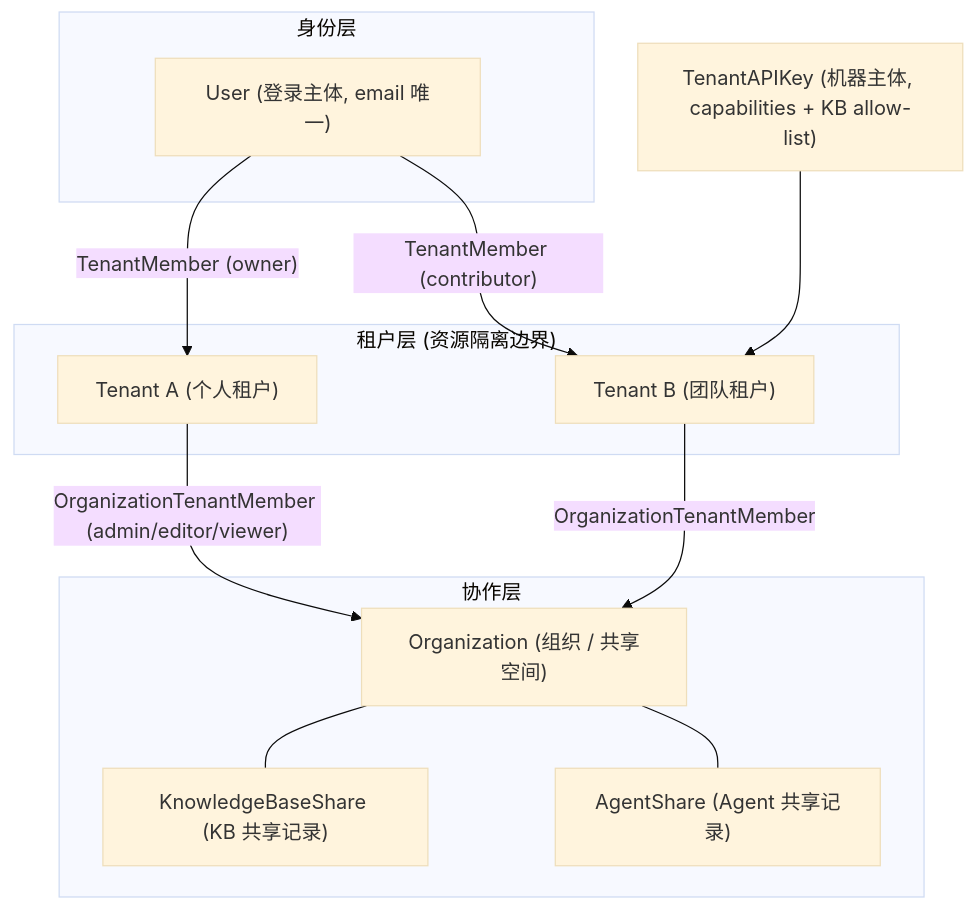
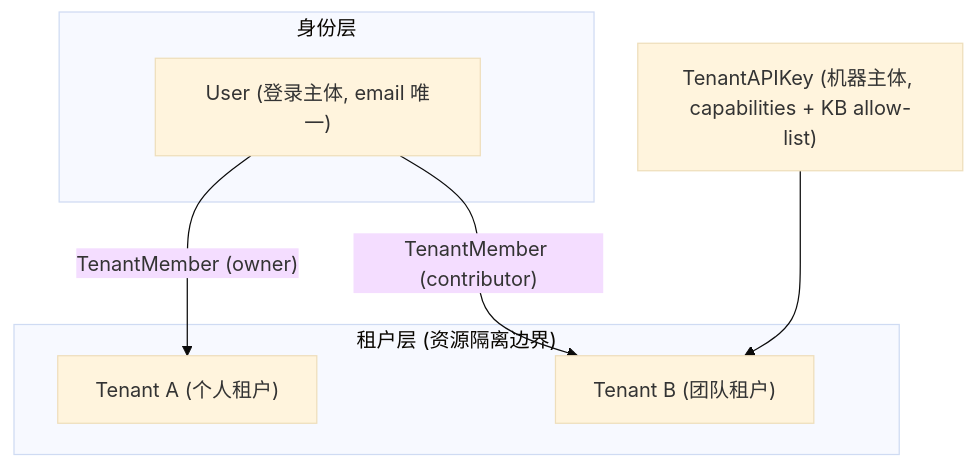
One commit to qinlei131479/WeKnora changed the first of 2 diagrams in apps/docs/03-features/01-tenant-auth.md. Above: the diagram before and after it, drawn with Mermaid (base theme). The commit also changed other lines of this file and 41 other files, not shown here.

````diff
--- a/apps/docs/03-features/01-tenant-auth.md
+++ b/apps/docs/03-features/01-tenant-auth.md
@@ -40,22 +39,13 @@
 ```mermaid
 graph TB
     subgraph identity["身份层"]
         U["User (登录主体, email 唯一)"]
     end
     subgraph tenants["租户层 (资源隔离边界)"]
         T1["Tenant A (个人租户)"]
         T2["Tenant B (团队租户)"]
     end
-    subgraph org["协作层"]
-        O["Organization (组织 / 共享空间)"]
-        KBS["KnowledgeBaseShare (KB 共享记录)"]
-        AGS["AgentShare (Agent 共享记录)"]
-    end
     U -- "TenantMember (owner)" --> T1
     U -- "TenantMember (contributor)" --> T2
-    T1 -- "OrganizationTenantMember (admin/editor/viewer)" --> O
-    T2 -- "OrganizationTenantMember" --> O
-    O --- KBS
-    O --- AGS
     K["TenantAPIKey (机器主体, capabilities + KB allow-list)"] --> T2
 ```
````
